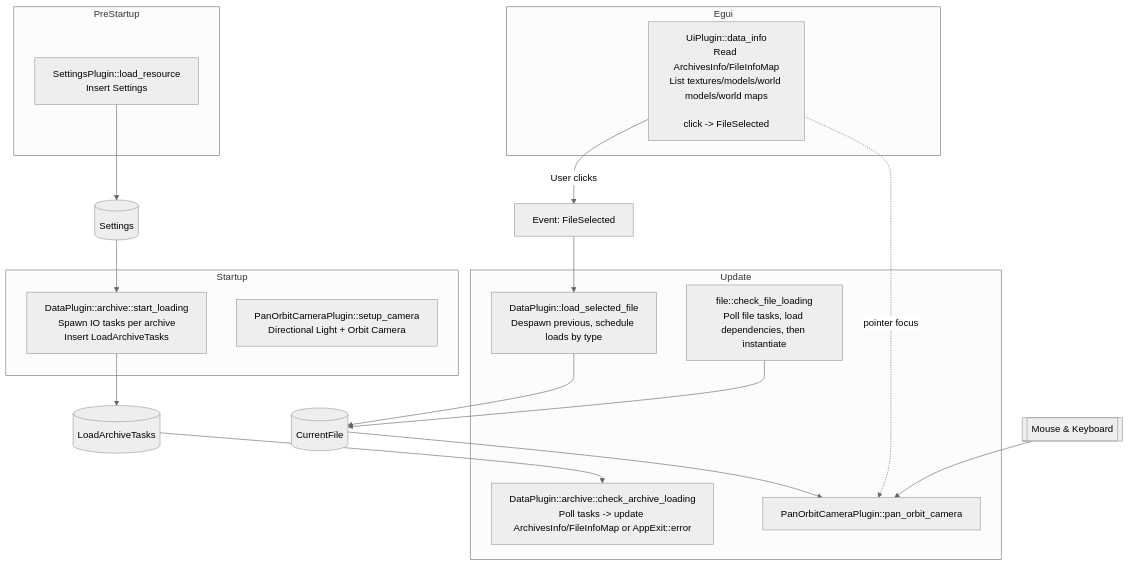
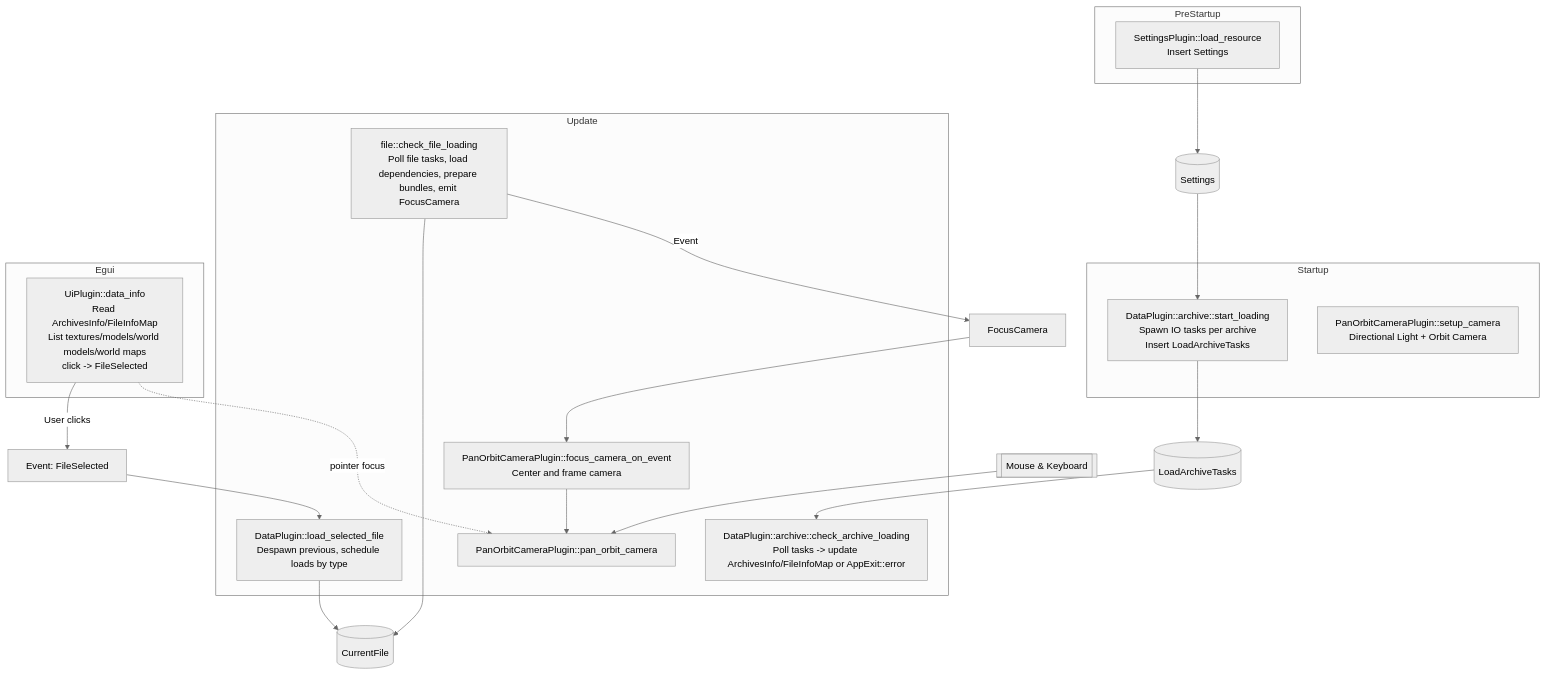
Before and after one commit to nocthir/worgen-rs: the diagram in ARCHITECTURE.md, drawn with Mermaid (neutral theme). The commit also changed other lines of this file and 4 other files, not shown here.

First line of the commit message:
feat: Camera focus

````diff
--- a/ARCHITECTURE.md
+++ b/ARCHITECTURE.md
@@ -63,36 +74,38 @@
 ```mermaid
 flowchart TD
     subgraph PreStartup
         A[SettingsPlugin::load_resource<br/>Insert Settings]
     end
 
     subgraph Startup
         B[DataPlugin::archive::start_loading<br/>Spawn IO tasks per archive<br/>Insert LoadArchiveTasks]
         C[PanOrbitCameraPlugin::setup_camera<br/>Directional Light + Orbit Camera]
     end
 
     A --> ST[(Settings)]
     B --> LT[(LoadArchiveTasks)]
     ST --> B
 
     subgraph Update
         D[DataPlugin::archive::check_archive_loading<br/>Poll tasks -> update ArchivesInfo/FileInfoMap or AppExit::error]
         F[DataPlugin::load_selected_file<br/>Despawn previous, schedule loads by type]
-        X[file::check_file_loading<br/>Poll file tasks, load dependencies, then instantiate]
+        X[file::check_file_loading<br/>Poll file tasks, load dependencies, prepare bundles, emit FocusCamera]
+        E[PanOrbitCameraPlugin::focus_camera_on_event<br/>Center and frame camera]
         G[PanOrbitCameraPlugin::pan_orbit_camera]
     end
 
     subgraph Egui
-        H[UiPlugin::data_info<br/>Read ArchivesInfo/FileInfoMap<br/>List textures/models/world models/world maps
-        <br/>click -> FileSelected]
+        H[UiPlugin::data_info<br/>Read ArchivesInfo/FileInfoMap<br/>List textures/models/world models/world maps<br/>click -> FileSelected]
     end
 
     LT --> D
     H -->|User clicks| MS[Event: FileSelected]
     MS --> F
     F --> CM[(CurrentFile)]
     X --> CM
-    CM --> G
+    X -->|Event| FC[FocusCamera]
+    FC --> E
+    E --> G
     Input[[Mouse & Keyboard]] --> G
     H -. pointer focus .-> G
 ```
````
